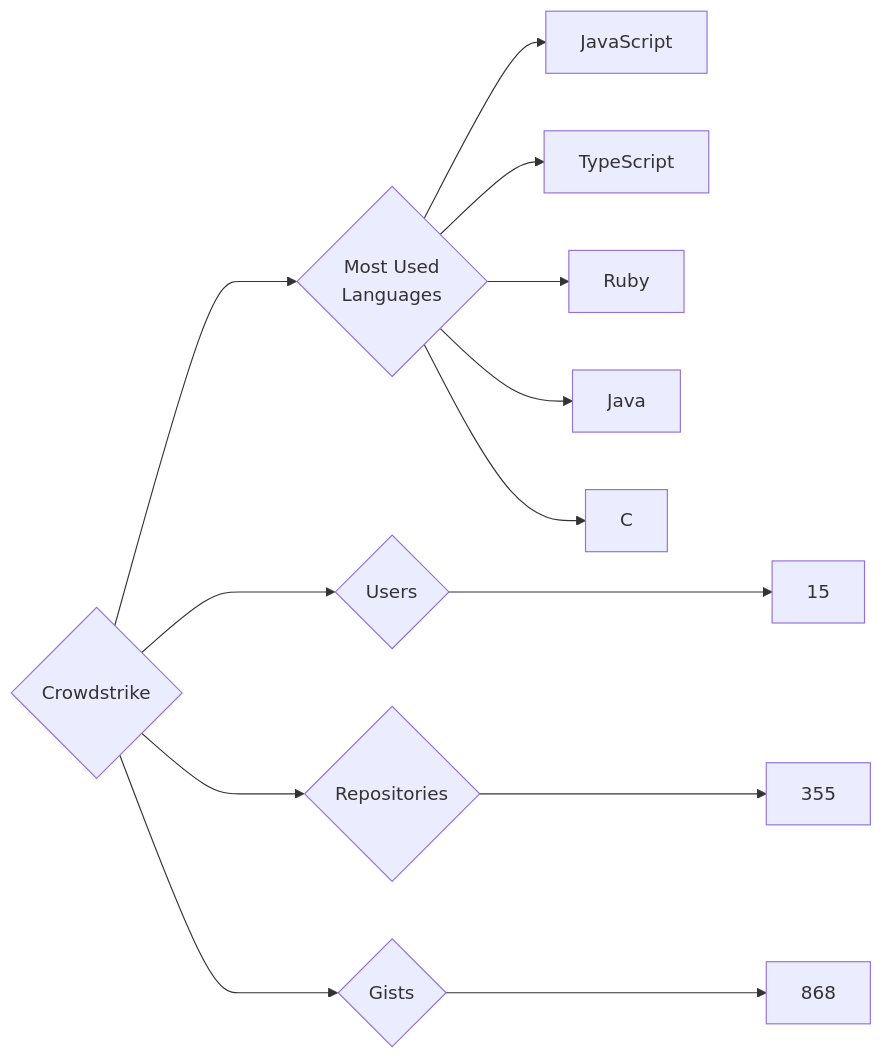
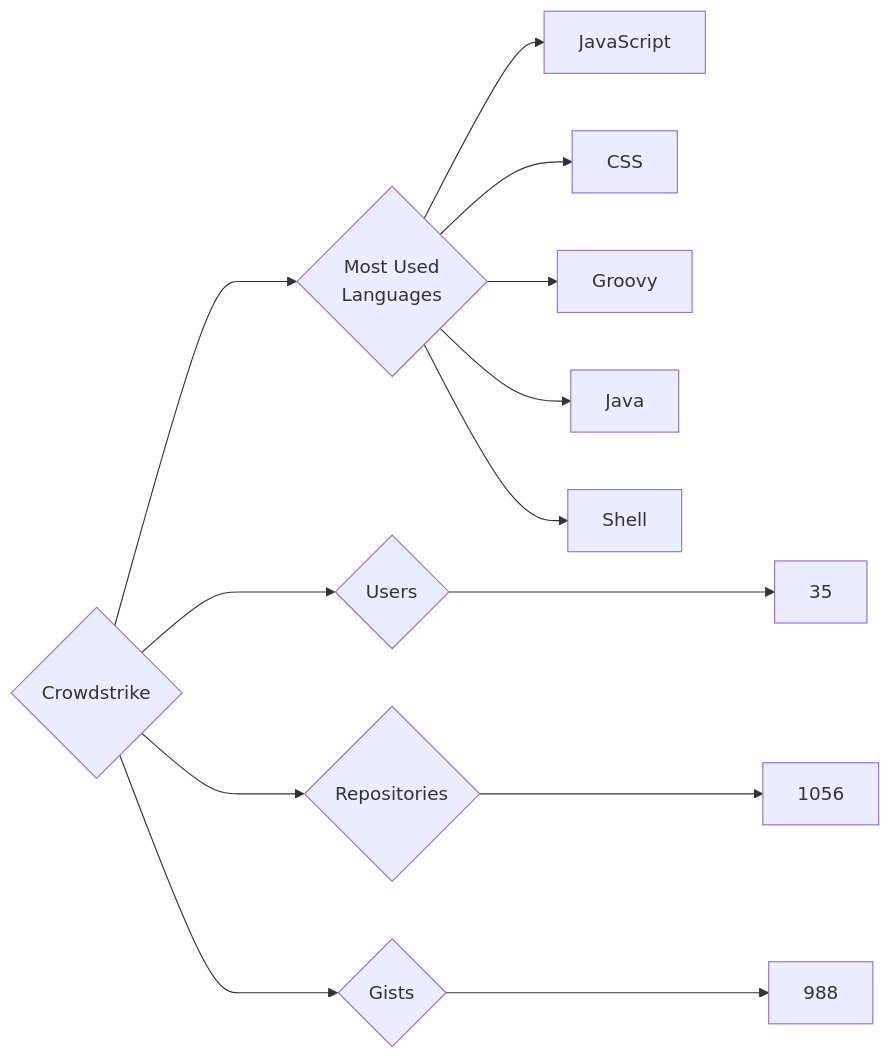
The diagram in targets/Crowdstrike/README.md (trickest/insiders), drawn with Mermaid before and after one commit. The commit also changed 874 other files, not shown here.

````diff
--- a/targets/Crowdstrike/README.md
+++ b/targets/Crowdstrike/README.md
@@ -3,13 +3,13 @@
 ```mermaid
 graph LR
 COMPANY_NAME{Crowdstrike}
-COMPANY_NAME ---> U{Users} ---> UN[15]
-COMPANY_NAME ---> R{Repositories} ---> RN[355]
-COMPANY_NAME ---> G{Gists} ---> GN[868]
+COMPANY_NAME ---> U{Users} ---> UN[35]
+COMPANY_NAME ---> R{Repositories} ---> RN[1056]
+COMPANY_NAME ---> G{Gists} ---> GN[988]
 COMPANY_NAME ---> ML{Most Used<br>Languages}
 ML --> JavaScript[JavaScript]
-ML --> TypeScript[TypeScript]
-ML --> Ruby[Ruby]
+ML --> CSS[CSS]
+ML --> Groovy[Groovy]
 ML --> Java[Java]
-ML --> C[C]
+ML --> Shell[Shell]
 ```
````
